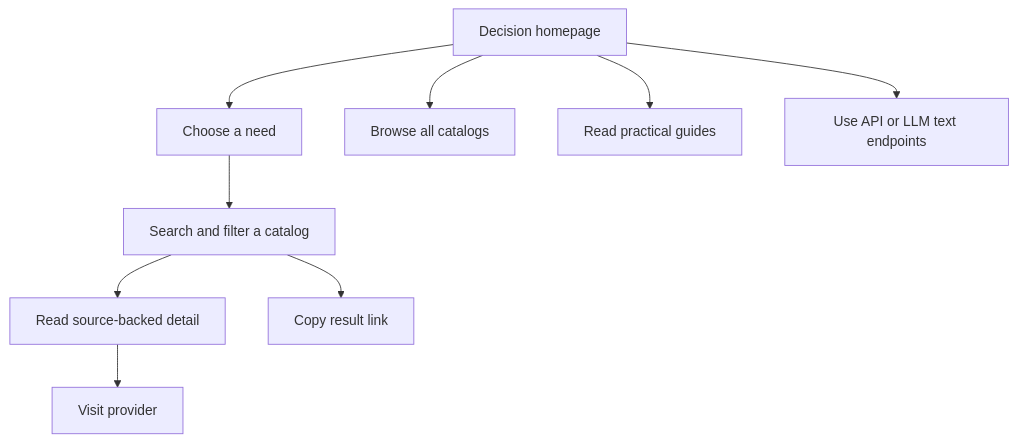
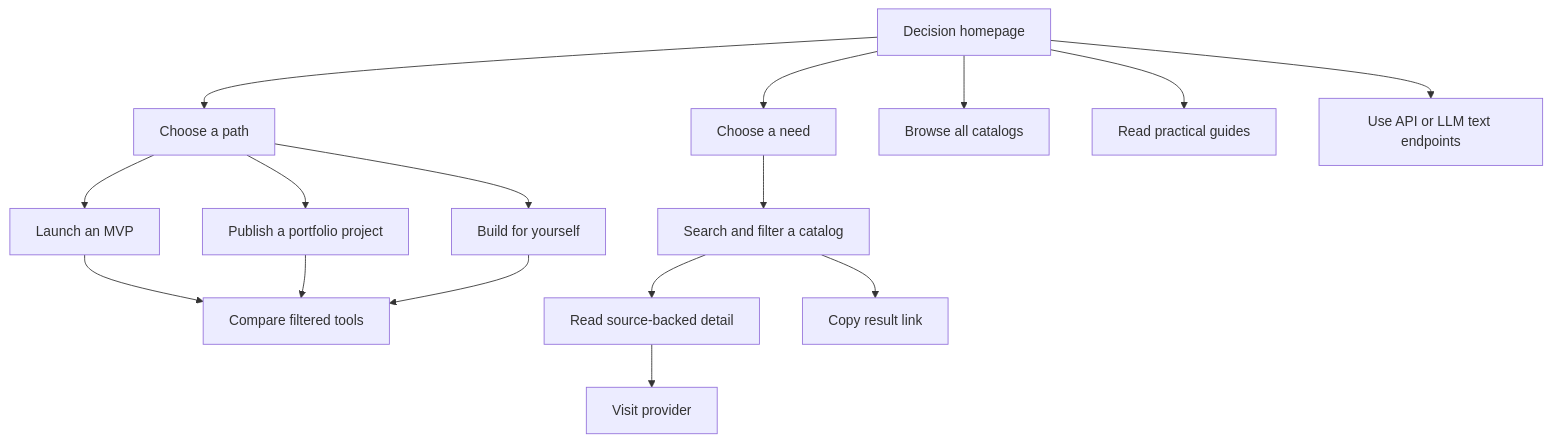
The diagram in docs/redesign.md (freestackhq/freestack), drawn with Mermaid before and after one commit. The commit also changed other lines of this file and 12 other files, not shown here.

Commit message:
Add audience paths and practical project guides

````diff
--- a/docs/redesign.md
+++ b/docs/redesign.md
@@ -25,11 +30,18 @@
 ```mermaid
 flowchart TD
-    Home[Decision homepage] --> Need[Choose a need]
+    Home[Decision homepage] --> Audience[Choose a path]
+    Audience --> Founder[Launch an MVP]
+    Audience --> Student[Publish a portfolio project]
+    Audience --> Hobby[Build for yourself]
+    Founder --> Compare[Compare filtered tools]
+    Student --> Compare
+    Hobby --> Compare
+    Home --> Need[Choose a need]
     Need --> Filter[Search and filter a catalog]
     Filter --> Detail[Read source-backed detail]
     Detail --> Provider[Visit provider]
     Filter --> Share[Copy result link]
     Home --> Browse[Browse all catalogs]
     Home --> Guides[Read practical guides]
     Home --> API[Use API or LLM text endpoints]
 ```
````
